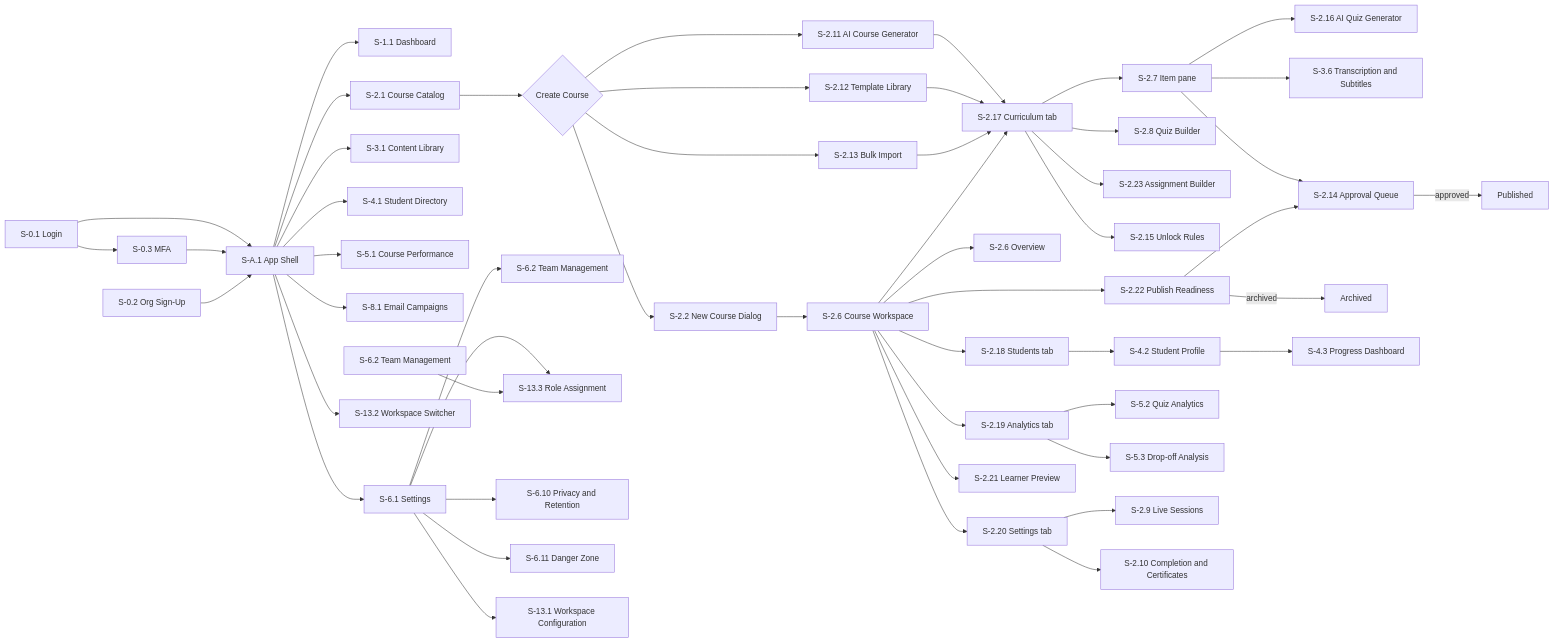
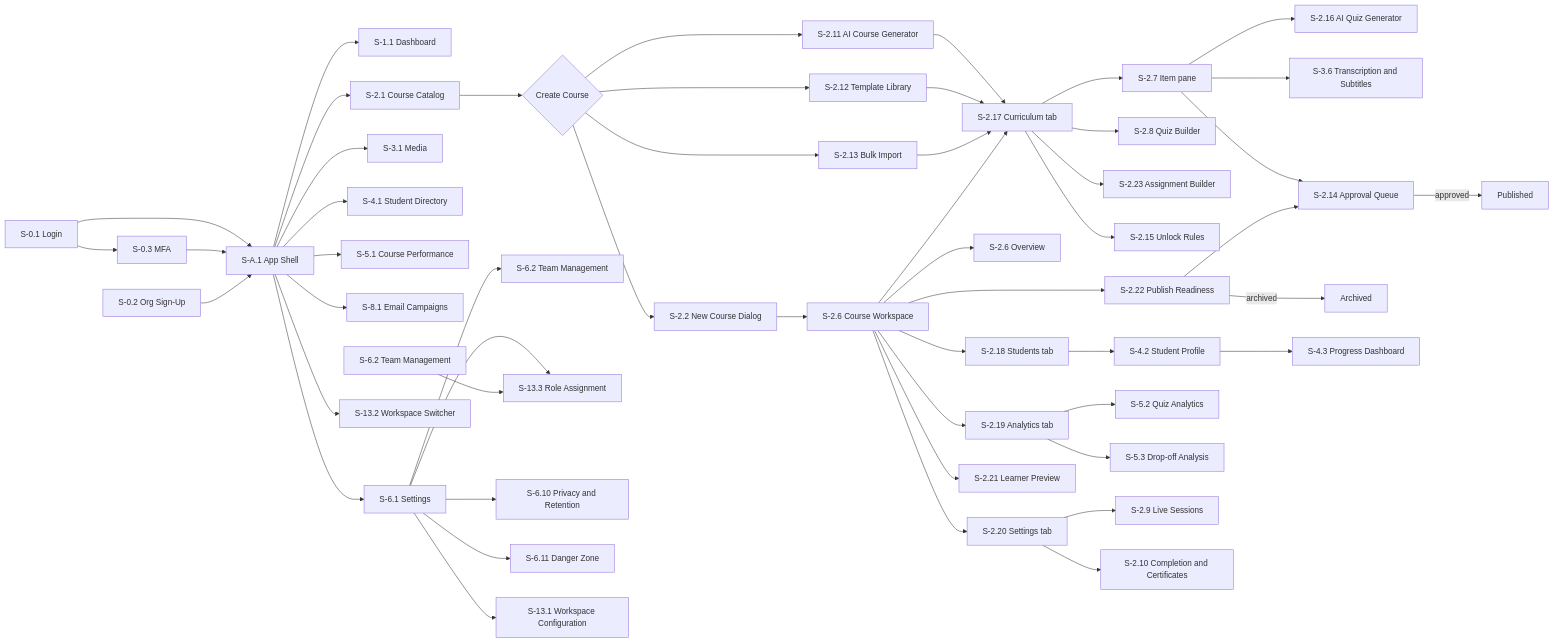
The diagram in app/dashboard/spec /11-Global-Standards.md (mortymith/Abugida-Backend), drawn with Mermaid before and after one commit. The commit also changed other lines of this file and 140 other files, not shown here.

First line of the commit message:
feat(dashboard): rename Content Library to Media and scope every read to the workspace

````diff
--- a/app/dashboard/spec /11-Global-Standards.md
+++ b/app/dashboard/spec /11-Global-Standards.md
@@ -410,53 +410,53 @@
 ```mermaid
 flowchart LR
     Login[S-0.1 Login] --> MFA[S-0.3 MFA]
     Login --> Shell[S-A.1 App Shell]
     MFA --> Shell
     SignUp[S-0.2 Org Sign-Up] --> Shell
     Shell --> Dash[S-1.1 Dashboard]
     Shell --> Courses[S-2.1 Course Catalog]
-    Shell --> Library[S-3.1 Content Library]
+    Shell --> Media[S-3.1 Media]
     Shell --> Students[S-4.1 Student Directory]
     Shell --> Analytics[S-5.1 Course Performance]
     Shell --> Marketing[S-8.1 Email Campaigns]
     Shell --> Settings[S-6.1 Settings]
     Courses --> CreateMenu{Create Course}
     CreateMenu --> NewCourse[S-2.2 New Course Dialog]
     CreateMenu --> AICourse[S-2.11 AI Course Generator]
     CreateMenu --> Templates[S-2.12 Template Library]
     CreateMenu --> Bulk[S-2.13 Bulk Import]
     NewCourse --> WS[S-2.6 Course Workspace]
     AICourse --> Curric[S-2.17 Curriculum tab]
     Templates --> Curric
     Bulk --> Curric
     WS --> Overview[S-2.6 Overview]
     WS --> Curric
     WS --> WStudents[S-2.18 Students tab]
     WS --> WAnalytics[S-2.19 Analytics tab]
     WS --> WSettings[S-2.20 Settings tab]
     Curric --> Item[S-2.7 Item pane]
     Curric --> Quiz[S-2.8 Quiz Builder]
     Curric --> Assign[S-2.23 Assignment Builder]
     Item --> AIQuiz[S-2.16 AI Quiz Generator]
     Item --> Transcribe[S-3.6 Transcription and Subtitles]
     Curric --> Rules[S-2.15 Unlock Rules]
     WS --> Preview[S-2.21 Learner Preview]
     WS --> Publish[S-2.22 Publish Readiness]
     Item --> Submit[S-2.14 Approval Queue]
     Publish --> Submit
     Submit -->|approved| Live[Published]
     Publish -->|archived| Archived[Archived]
     WStudents --> Profile[S-4.2 Student Profile]
     Profile --> Progress[S-4.3 Progress Dashboard]
     WAnalytics --> QuizA[S-5.2 Quiz Analytics]
     WAnalytics --> DropOff[S-5.3 Drop-off Analysis]
     WSettings --> Sessions[S-2.9 Live Sessions]
     WSettings --> Certs[S-2.10 Completion and Certificates]
     Settings --> Team[S-6.2 Team Management]
     Settings --> Roles[S-6.9 Roles and Permissions]
     Settings --> Privacy[S-6.10 Privacy and Retention]
     Settings --> Danger[S-6.11 Danger Zone]
     Shell --> WsSwitch[S-13.2 Workspace Switcher]
     Settings --> WsConfig[S-13.1 Workspace Configuration]
     TeamMgmt[S-6.2 Team Management] --> Roles[S-13.3 Role Assignment]
 ```
````
